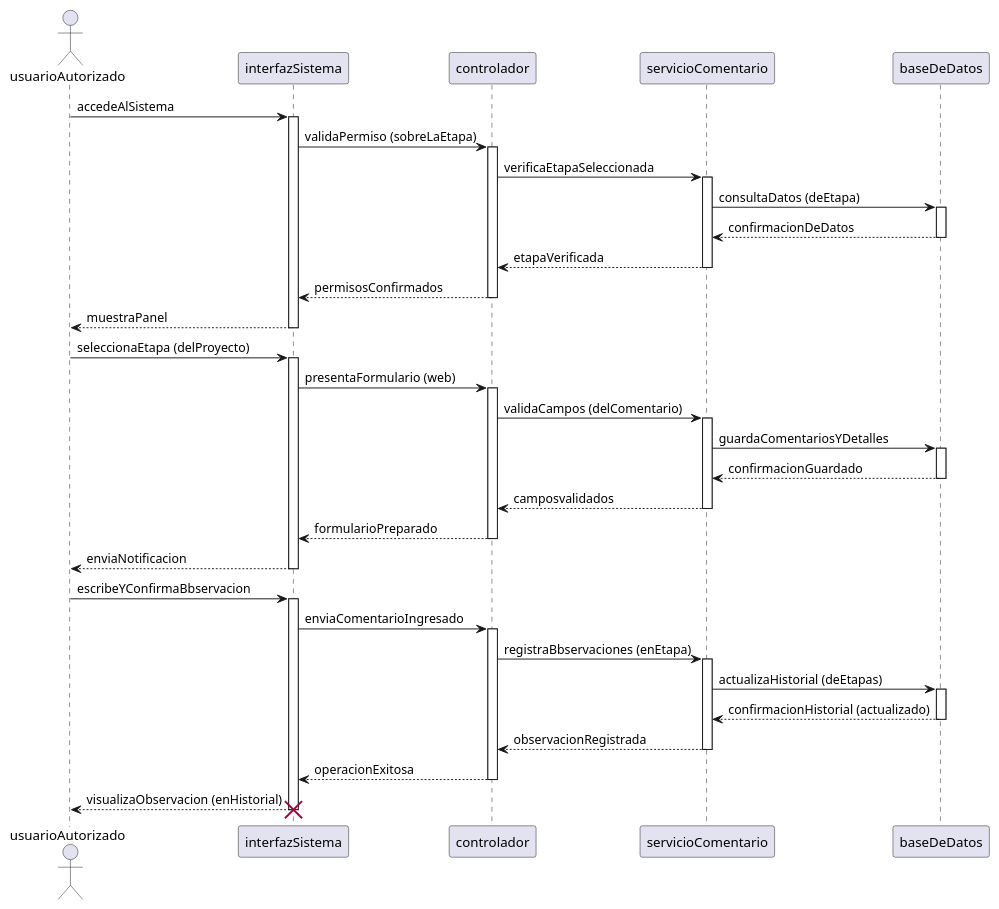
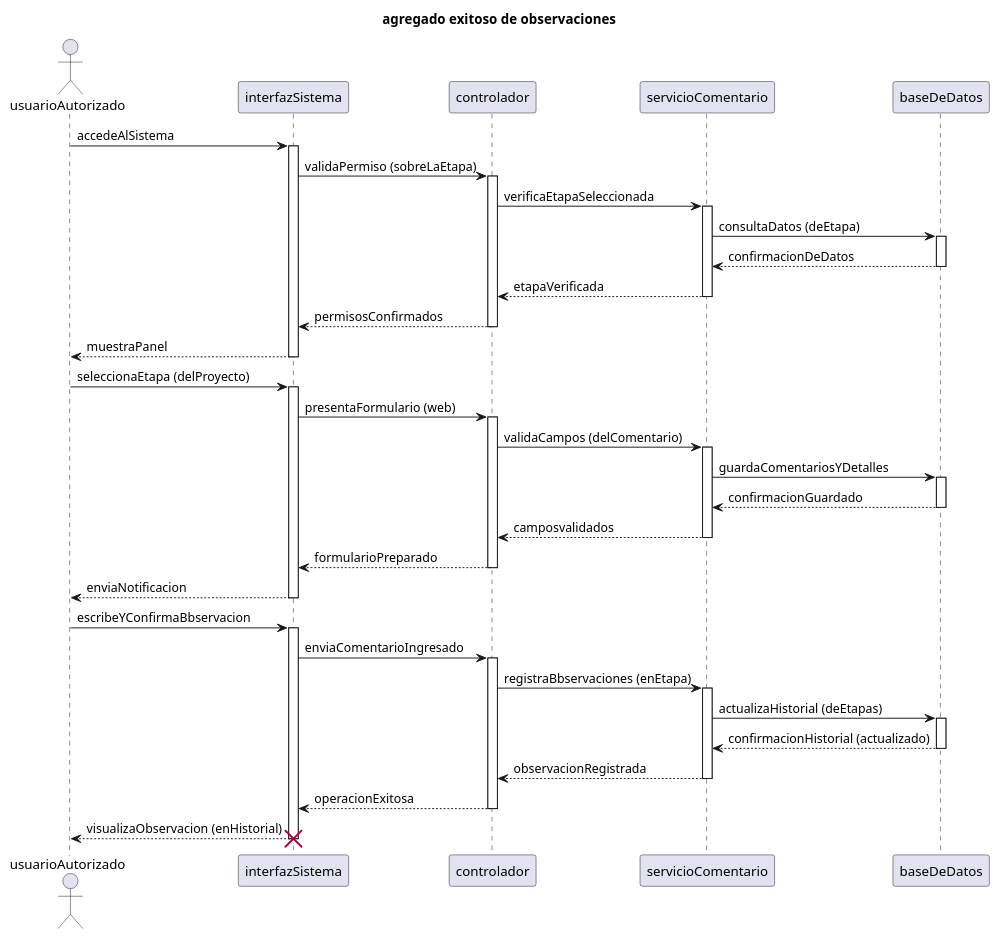
One commit to 9919-Mili/SistemaProductoraVideos changed the diagram in diagramas/05-diagramas-secuencia/05-secuencia-agregar-observaciones-agregado-exitoso-de-observaciones-03.puml. Above: the diagram before and after it, drawn with PlantUML. The commit also changed 4 other files, not shown here.

```diff
--- a/diagramas/05-diagramas-secuencia/05-secuencia-agregar-observaciones-agregado-exitoso-de-observaciones-03.puml
+++ b/diagramas/05-diagramas-secuencia/05-secuencia-agregar-observaciones-agregado-exitoso-de-observaciones-03.puml
@@ -1,61 +1,62 @@
-@startuml agregado exitoso de observaciones 
+@startuml 
+title agregado exitoso de observaciones 
 actor usuarioAutorizado
 participant interfazSistema
 participant controlador
 participant servicioComentario
 participant baseDeDatos
 
 usuarioAutorizado -> interfazSistema: accedeAlSistema
 activate interfazSistema
 interfazSistema -> controlador: validaPermiso (sobreLaEtapa)
 activate controlador
 controlador -> servicioComentario: verificaEtapaSeleccionada
 activate servicioComentario
 servicioComentario -> baseDeDatos: consultaDatos (deEtapa)
 activate baseDeDatos
 baseDeDatos --> servicioComentario: confirmacionDeDatos
 deactivate baseDeDatos
 servicioComentario --> controlador: etapaVerificada
 deactivate servicioComentario
 controlador --> interfazSistema: permisosConfirmados
 deactivate controlador
 interfazSistema --> usuarioAutorizado: muestraPanel 
 deactivate interfazSistema
 
 usuarioAutorizado -> interfazSistema: seleccionaEtapa (delProyecto)
 activate interfazSistema
 interfazSistema -> controlador: presentaFormulario (web) 
 activate controlador
 controlador -> servicioComentario: validaCampos (delComentario) 
 activate servicioComentario
 servicioComentario -> baseDeDatos: guardaComentariosYDetalles 
 activate baseDeDatos
 baseDeDatos --> servicioComentario: confirmacionGuardado
 deactivate baseDeDatos
 servicioComentario --> controlador: camposvalidados 
 deactivate servicioComentario
 controlador --> interfazSistema: formularioPreparado
 deactivate controlador
 interfazSistema --> usuarioAutorizado: enviaNotificacion 
 deactivate interfazSistema
 
 usuarioAutorizado-> interfazSistema: escribeYConfirmaBbservacion 
 activate interfazSistema
 interfazSistema -> controlador: enviaComentarioIngresado
 activate controlador
 controlador -> servicioComentario: registraBbservaciones (enEtapa)
 activate servicioComentario
 servicioComentario -> baseDeDatos: actualizaHistorial (deEtapas) 
 activate baseDeDatos
 baseDeDatos --> servicioComentario: confirmacionHistorial (actualizado)
 deactivate baseDeDatos 
 servicioComentario --> controlador: observacionRegistrada 
 deactivate servicioComentario
 controlador --> interfazSistema: operacionExitosa 
 deactivate controlador
 interfazSistema --> usuarioAutorizado: visualizaObservacion (enHistorial)
 deactivate interfazSistema
 
 destroy interfazSistema
 
 @enduml
```
